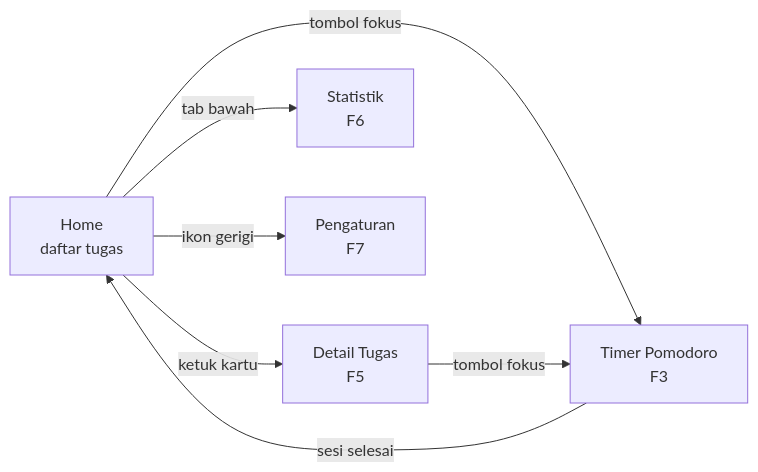
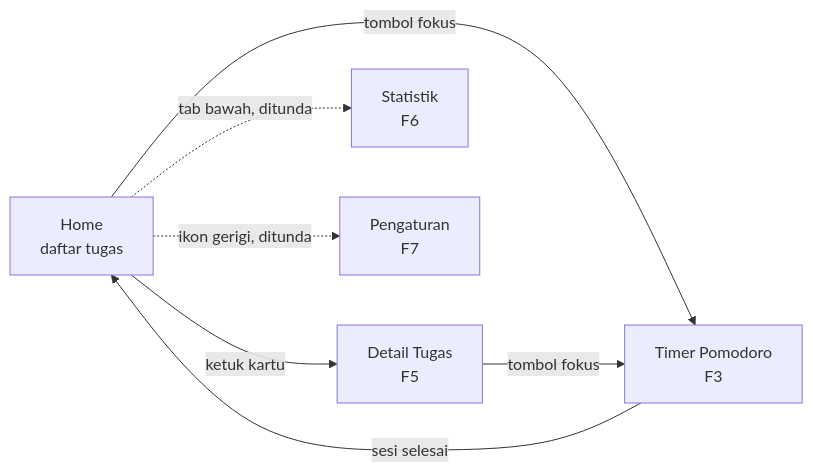
One commit to HafizhRaditya/projek_matakuliah_pemogramanmobile_kel6 changed the diagram in PRD.md. Above: the diagram before and after it, drawn with Mermaid. The commit also changed other lines of this file and 2 other files, not shown here.

````diff
--- a/PRD.md
+++ b/PRD.md
@@ -86,9 +89,9 @@
 ```mermaid
 flowchart LR
     H["Home<br/>daftar tugas"] -->|ketuk kartu| D["Detail Tugas<br/>F5"]
     H -->|tombol fokus| T["Timer Pomodoro<br/>F3"]
     D -->|tombol fokus| T
-    H -->|tab bawah| S["Statistik<br/>F6"]
-    H -->|ikon gerigi| P["Pengaturan<br/>F7"]
+    H -.->|tab bawah, ditunda| S["Statistik<br/>F6"]
+    H -.->|ikon gerigi, ditunda| P["Pengaturan<br/>F7"]
     T -->|sesi selesai| H
 ```
````
